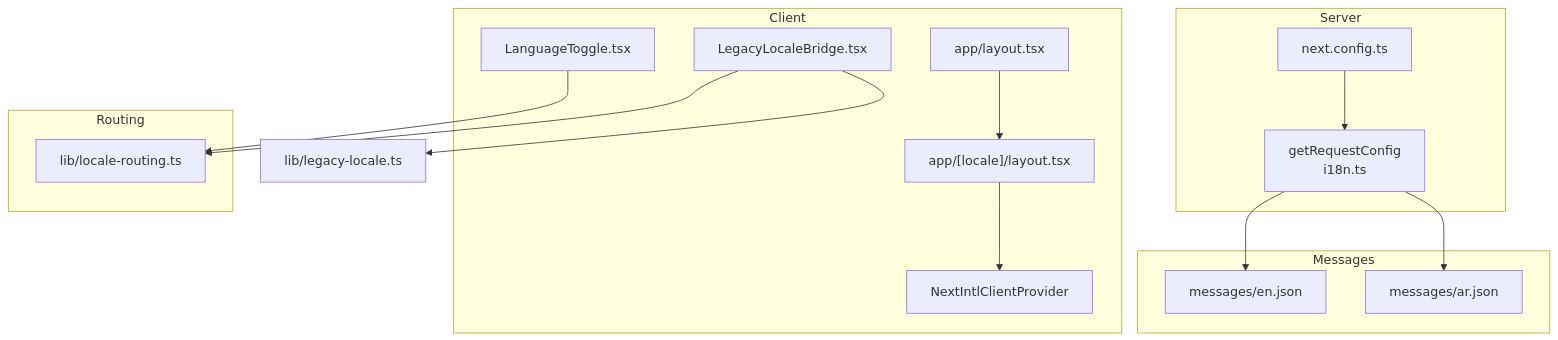
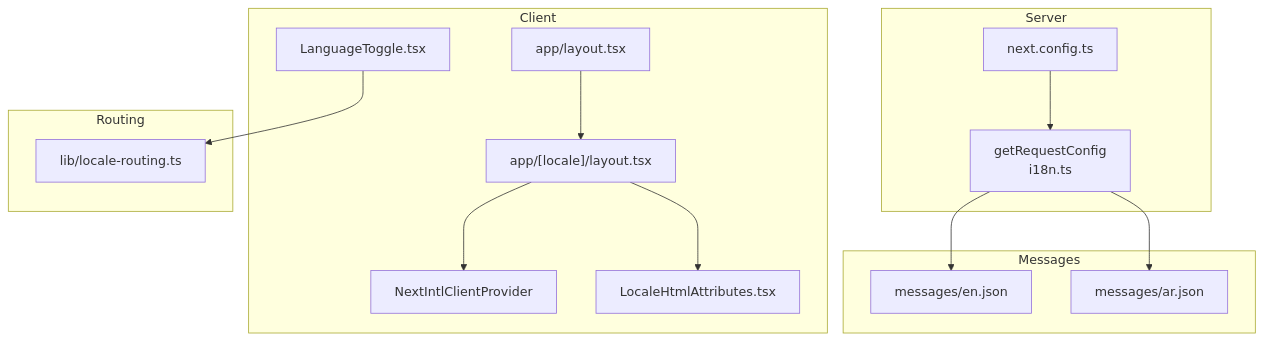
One commit to mustafaalkusaj/appschoolmustafa2002 changed the first of 12 diagrams in .qoder/repowiki/en/content/Internationalization.md. Above: the diagram before and after it, drawn with Mermaid. The commit also changed other lines of this file and 8 other files, not shown here.

````diff
--- a/.qoder/repowiki/en/content/Internationalization.md
+++ b/.qoder/repowiki/en/content/Internationalization.md
@@ -42,29 +50,28 @@
 ```mermaid
 graph TB
 subgraph "Server"
 I18N["getRequestConfig<br/>i18n.ts"]
 Cfg["next.config.ts"]
 end
 subgraph "Client"
 Layout["app/[locale]/layout.tsx"]
 RootLayout["app/layout.tsx"]
 Intl["NextIntlClientProvider"]
 Toggle["LanguageToggle.tsx"]
-Bridge["LegacyLocaleBridge.tsx"]
+HtmlAttrs["LocaleHtmlAttributes.tsx"]
 end
 subgraph "Routing"
 LR["lib/locale-routing.ts"]
 end
 subgraph "Messages"
 EN["messages/en.json"]
 AR["messages/ar.json"]
 end
 Cfg --> I18N
 I18N --> EN
 I18N --> AR
 Layout --> Intl
+Layout --> HtmlAttrs
 RootLayout --> Layout
 Toggle --> LR
-Bridge --> LR
-Bridge --> LL["lib/legacy-locale.ts"]
 ```
````
